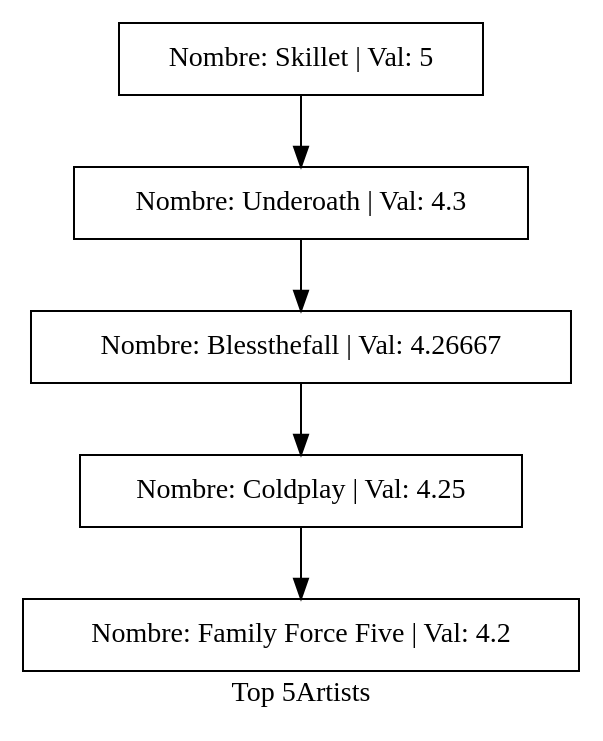
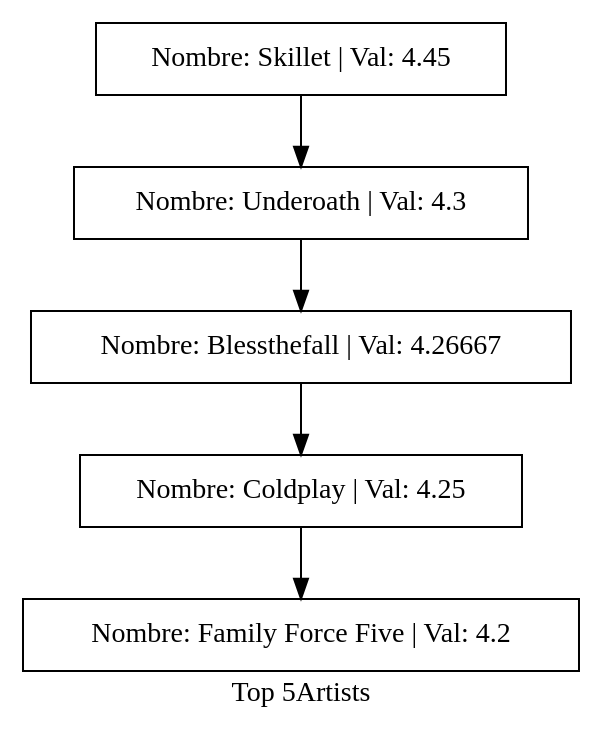
The diagram in Practicas/build-Practica1_Biblioteca_Musica-Desktop_Qt_5_9_0_MinGW_32bit-Debug/topArtist.dot (ricardcutzh/EDD_Junio), drawn with Graphviz before and after one commit. The commit also changed 55 other files, not shown here.

```diff
--- a/Practicas/build-Practica1_Biblioteca_Musica-Desktop_Qt_5_9_0_MinGW_32bit-Debug/topArtist.dot
+++ b/Practicas/build-Practica1_Biblioteca_Musica-Desktop_Qt_5_9_0_MinGW_32bit-Debug/topArtist.dot
@@ -1,9 +1,9 @@
 digraph top{
 node [shape=box];
 label="Top 5Artists";
-"Nombre: Skillet | Val: 5"->"Nombre: Underoath | Val: 4.3";
+"Nombre: Skillet | Val: 4.45"->"Nombre: Underoath | Val: 4.3";
 "Nombre: Underoath | Val: 4.3"->"Nombre: Blessthefall | Val: 4.26667";
 "Nombre: Blessthefall | Val: 4.26667"->"Nombre: Coldplay | Val: 4.25";
 "Nombre: Coldplay | Val: 4.25"->"Nombre: Family Force Five | Val: 4.2";
 "Nombre: Family Force Five | Val: 4.2";
 }
```
